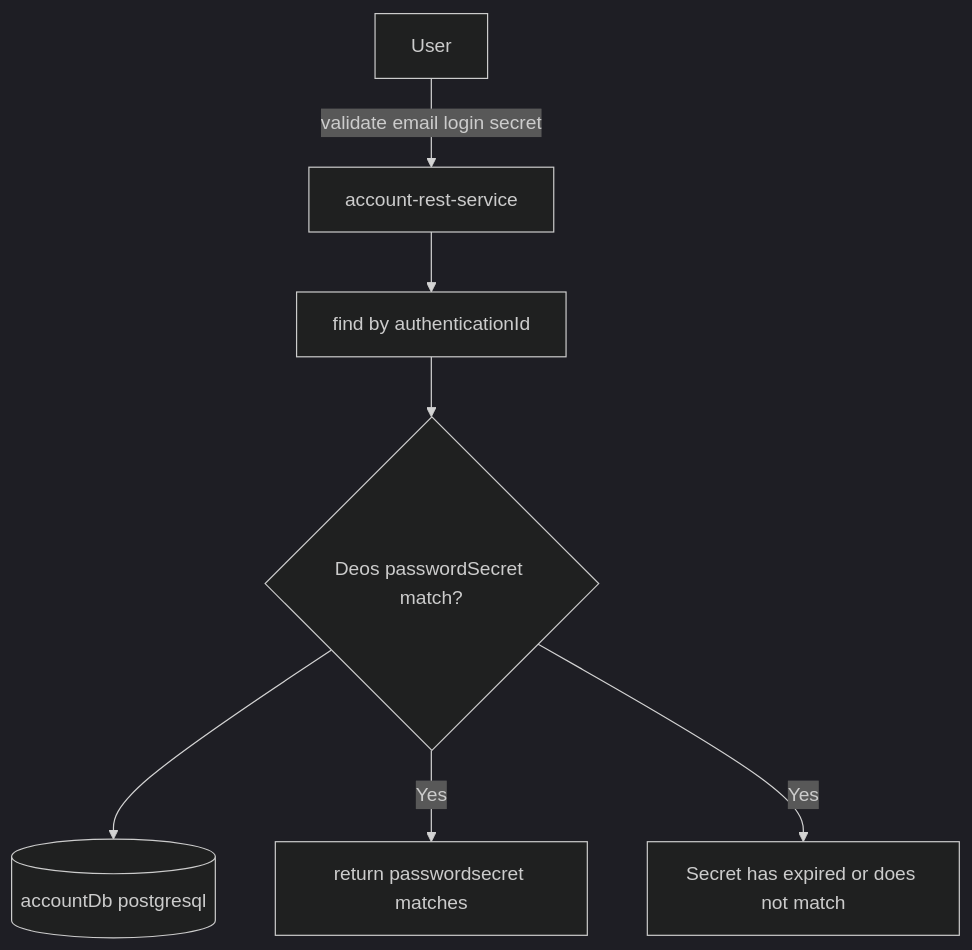
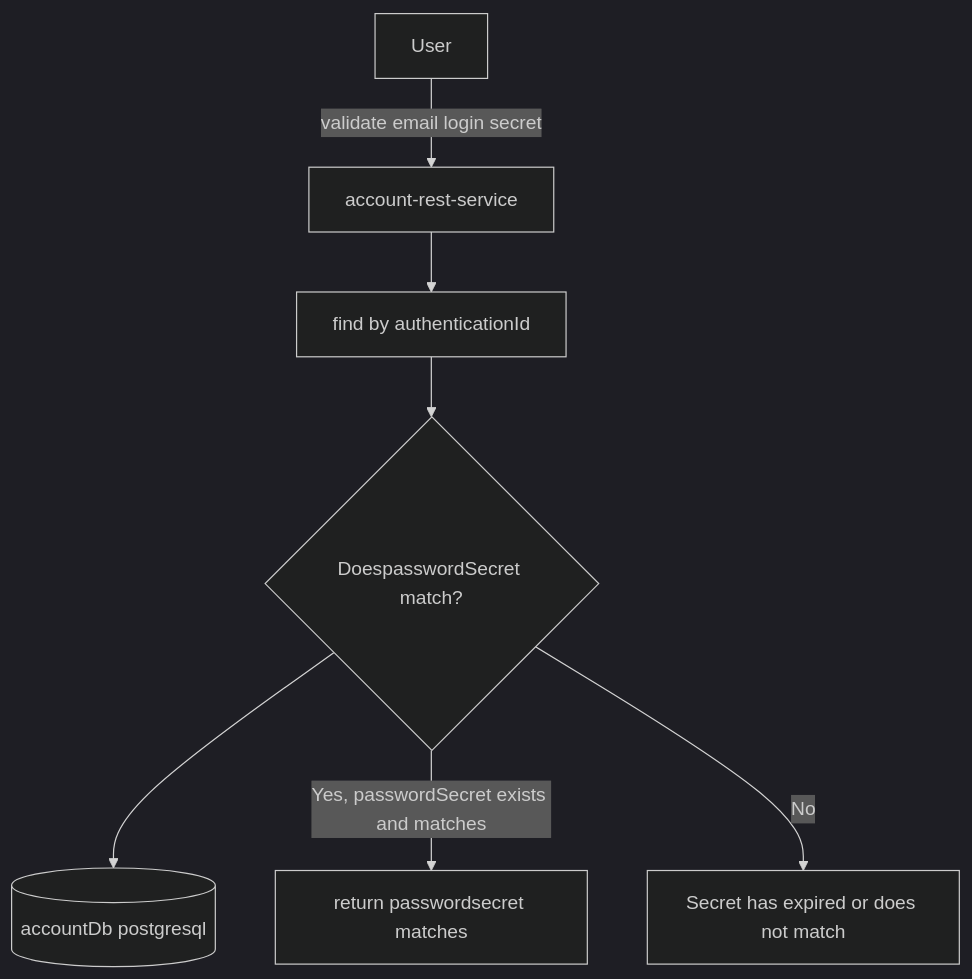
Before and after one commit to sonamsamdupkhangsar/account-rest-service: the seventh of 7 diagrams in README.md, drawn with Mermaid (dark theme).

````diff
--- a/README.md
+++ b/README.md
@@ -176,9 +176,9 @@
 ```mermaid
 flowchart TD
   User --"validate email login secret"--> account-rest-service
   account-rest-service --> findByAuthenticationId["find by authenticationId"]
-  findByAuthenticationId --> validatePasswordSecretMatches{Deos passwordSecret match?}
+  findByAuthenticationId --> validatePasswordSecretMatches{DoespasswordSecret match?}
   validatePasswordSecretMatches --> accountDb[(accountDb postgresql)]
-  validatePasswordSecretMatches -->|Yes| returnHttp200["return passwordsecret matches"]
-  validatePasswordSecretMatches -->|Yes| returnError["Secret has expired or does not match"]           
+  validatePasswordSecretMatches -->|Yes, passwordSecret exists and matches| returnHttp200["return passwordsecret matches"]
+  validatePasswordSecretMatches -->|No| returnError["Secret has expired or does not match"]           
 ```
````
